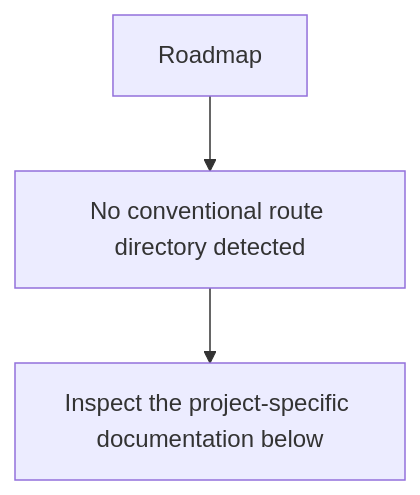
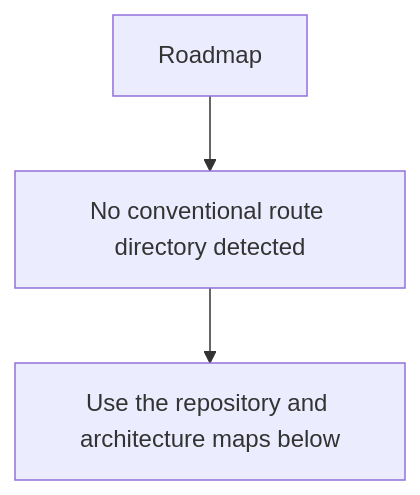
The second of 5 diagrams in README.md (Nischhalsubba/Roadmap), drawn with Mermaid before and after one commit. The commit also changed other lines of this file, not shown here.

````diff
--- a/README.md
+++ b/README.md
@@ -38,6 +68,6 @@
 ```mermaid
 flowchart TD
     APP["Roadmap"]
     APP --> SOURCE["No conventional route directory detected"]
-    SOURCE --> VERIFY["Inspect the project-specific documentation below"]
+    SOURCE --> GUIDE["Use the repository and architecture maps below"]
 ```
````
